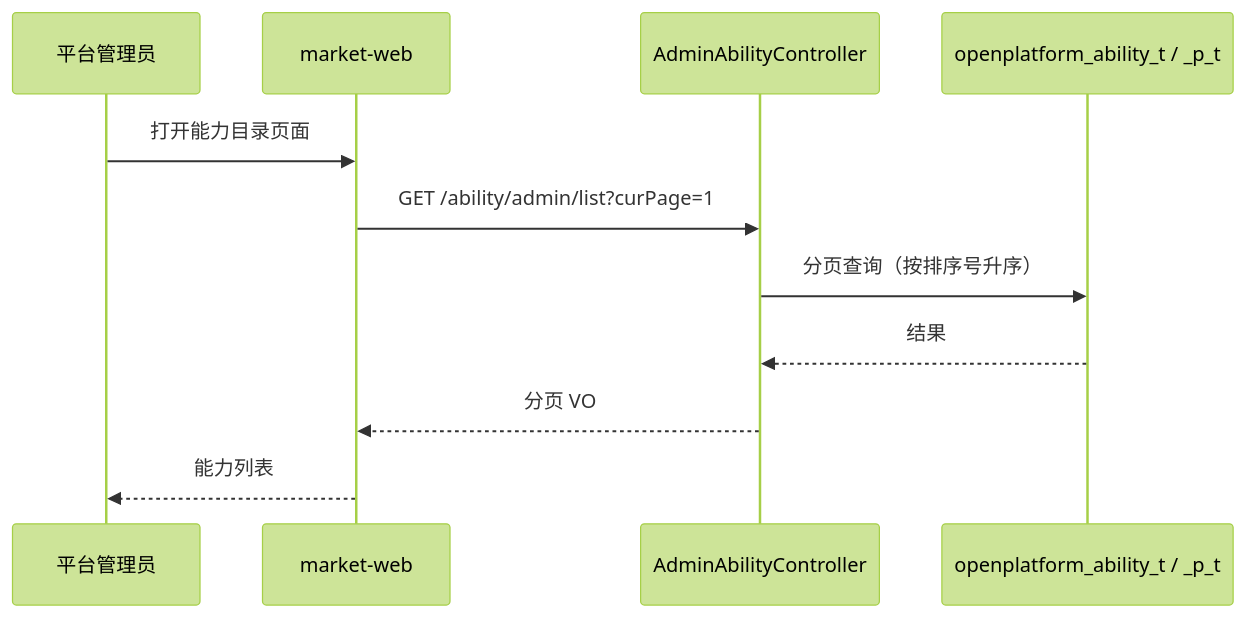
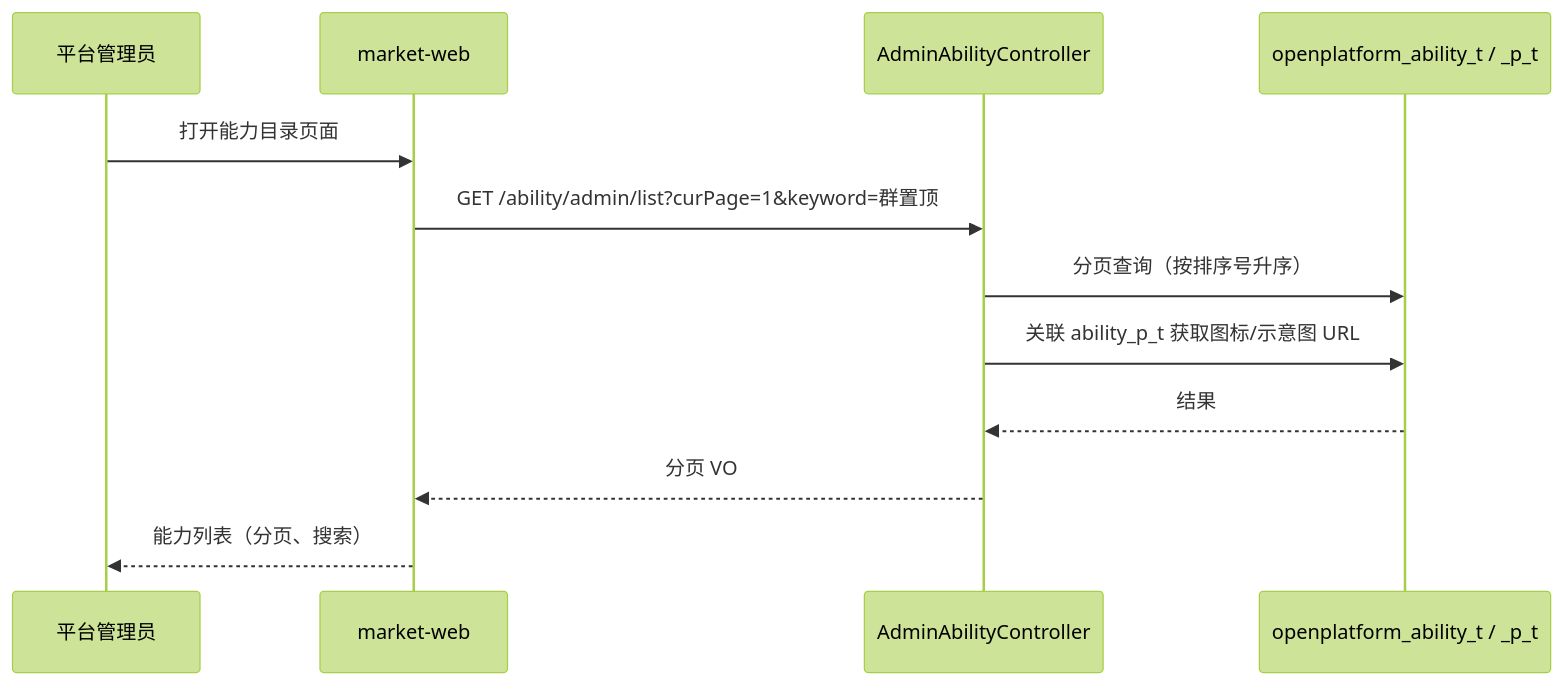
One commit to THZSummer/open-app changed the third of 6 diagrams in .sddu/specs-tree-root/specs-tree-ability-embedding/specs-tree-embedding-platform/需求设计说明.md. Above: the diagram before and after it, drawn with Mermaid (forest theme). The commit also changed other lines of this file and 2 other files, not shown here.

````diff
--- a/.sddu/specs-tree-root/specs-tree-ability-embedding/specs-tree-embedding-platform/需求设计说明.md
+++ b/.sddu/specs-tree-root/specs-tree-ability-embedding/specs-tree-embedding-platform/需求设计说明.md
@@ -419,14 +432,15 @@
 ```mermaid
 sequenceDiagram
     participant Admin as 平台管理员
     participant Web as market-web
     participant AdminCtrl as AdminAbilityController
     participant DB as openplatform_ability_t / _p_t
 
     Admin->>Web: 打开能力目录页面
-    Web->>AdminCtrl: GET /ability/admin/list?curPage=1
+    Web->>AdminCtrl: GET /ability/admin/list?curPage=1&keyword=群置顶
     AdminCtrl->>DB: 分页查询（按排序号升序）
+    AdminCtrl->>DB: 关联 ability_p_t 获取图标/示意图 URL
     DB-->>AdminCtrl: 结果
     AdminCtrl-->>Web: 分页 VO
-    Web-->>Admin: 能力列表
+    Web-->>Admin: 能力列表（分页、搜索）
 ```
````
